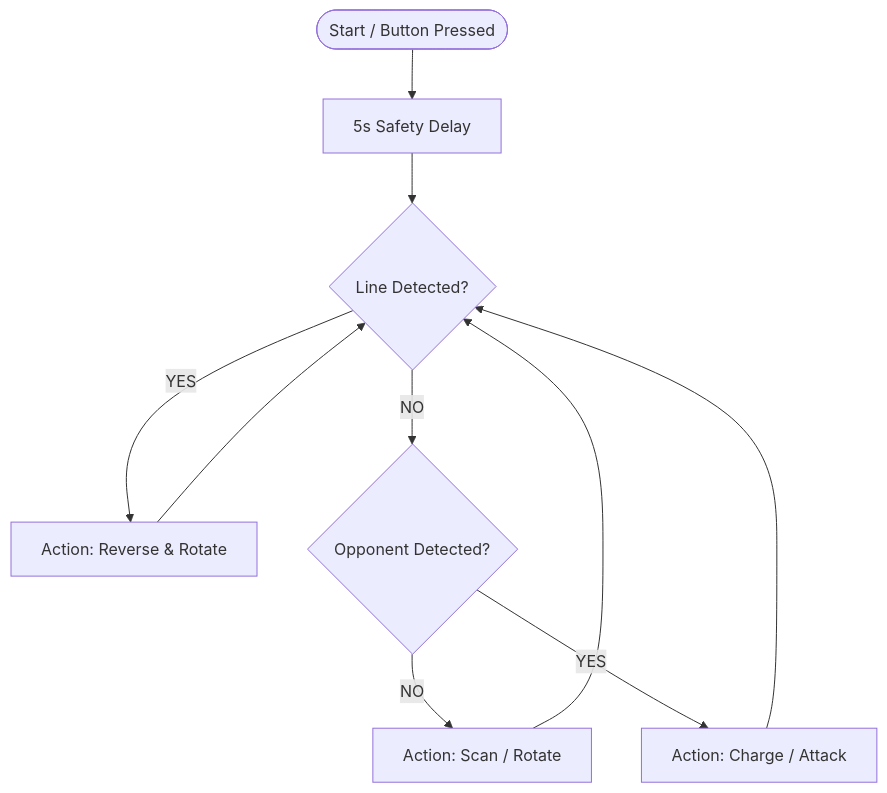
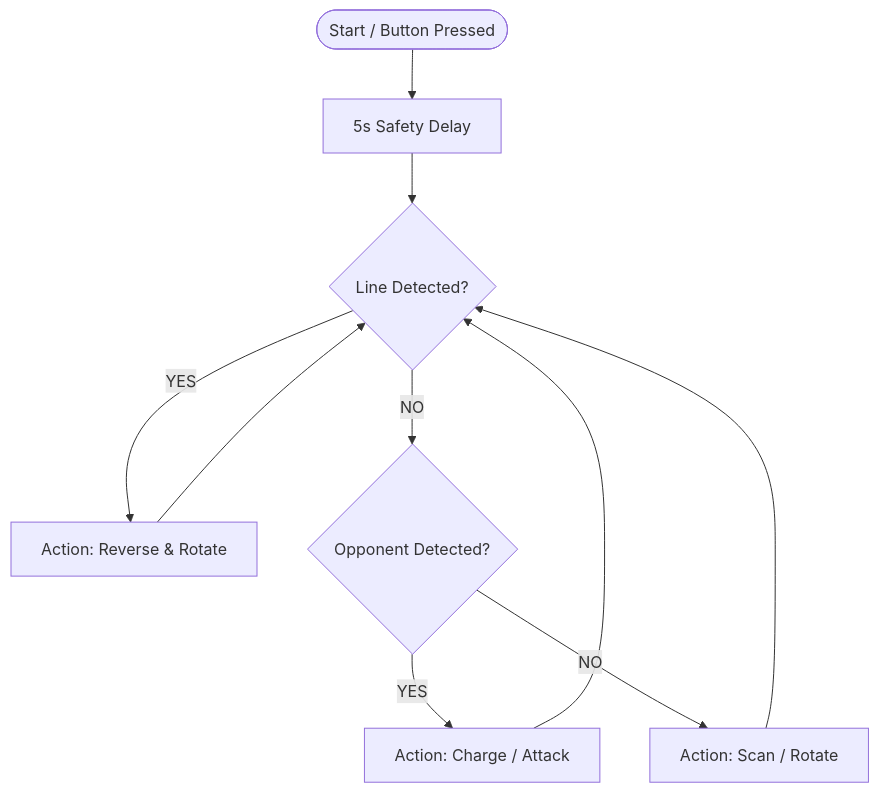
The diagram in README.md (CybAiR/minisumo_capibara), drawn with Mermaid before and after one commit. The commit also changed other lines of this file, not shown here.

````diff
--- a/README.md
+++ b/README.md
@@ -31,12 +31,16 @@
 ```mermaid
 graph TD
     A([Start / Button Pressed]) --> B[5s Safety Delay]
     B --> C{Line Detected?}
+    
     C -- YES --> D[Action: Reverse & Rotate]
+    D --> C
+    
     C -- NO --> E{Opponent Detected?}
+    
+    E -- YES --> F[Action: Charge / Attack]
+    F --> C
+    
     E -- NO --> G[Action: Scan / Rotate]
-    E -- YES --> F[Action: Charge / Attack]
-    D --> C
-    F --> C
     G --> C
 ```
````
